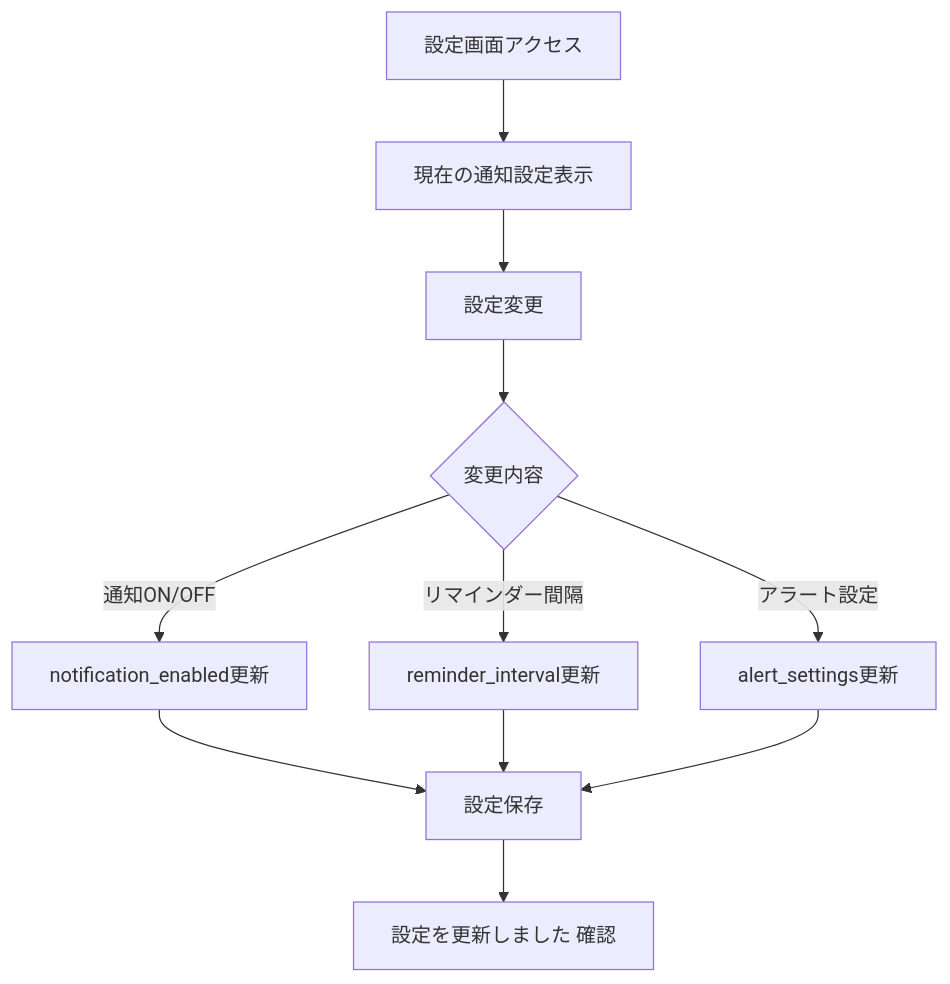
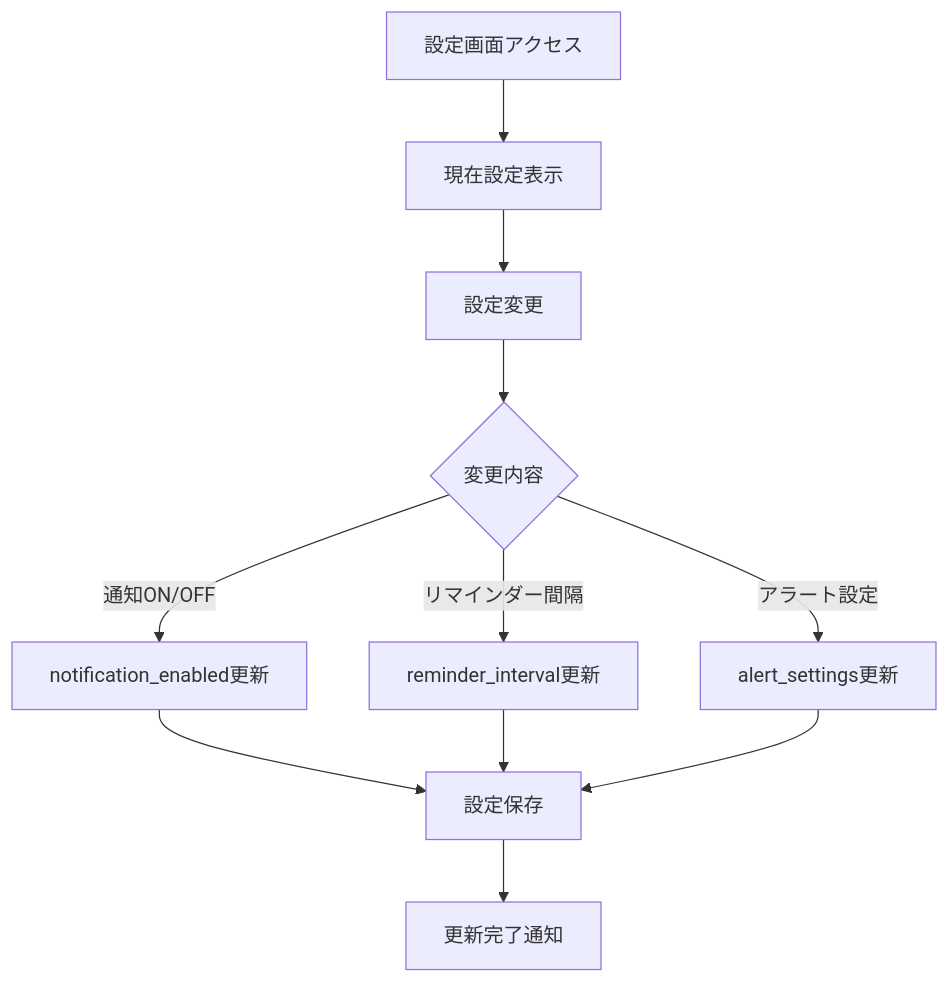
Diagram 14 of 42 in features-flow.md (UtakataKyosui/RecommendMedicineServer), drawn with Mermaid before and after one commit. The commit also changed other lines of this file, not shown here.

First line of the commit message:
docs: Update features-flow.md

````diff
--- a/features-flow.md
+++ b/features-flow.md
@@ -274,13 +274,13 @@
 ```mermaid
 graph TD
-    A[設定画面アクセス] --> B[現在の通知設定表示]
+    A[設定画面アクセス] --> B[現在設定表示]
     B --> C[設定変更]
     C --> D{変更内容}
     D -->|通知ON/OFF| E[notification_enabled更新]
     D -->|リマインダー間隔| F[reminder_interval更新]
     D -->|アラート設定| G[alert_settings更新]
     E --> H[設定保存]
     F --> H
     G --> H
-    H --> I[設定を更新しました 確認]
+    H --> I[更新完了通知]
 ```
````
